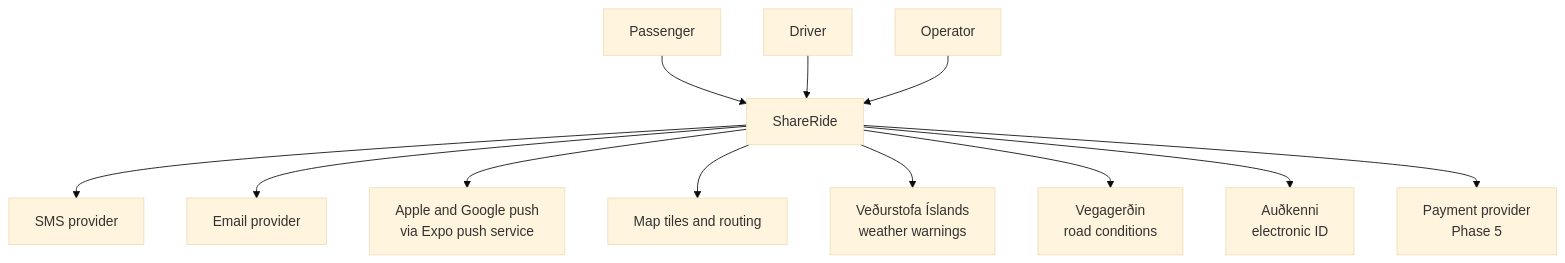
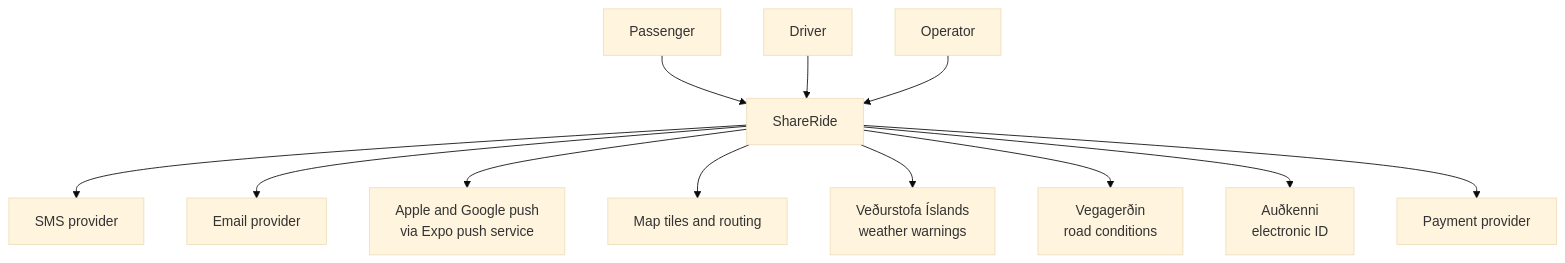
Before and after one commit to safarcikm/ShareRide: the first of 4 diagrams in docs/architecture/overview.md, drawn with Mermaid (base theme). The commit also changed other lines of this file and 17 other files, not shown here.

````diff
--- a/docs/architecture/overview.md
+++ b/docs/architecture/overview.md
@@ -10,15 +10,15 @@
 ```mermaid
 flowchart TB
   P[Passenger] --> SR
   D[Driver] --> SR
   O[Operator] --> SR
   SR[ShareRide]
   SR --> SMS[SMS provider]
   SR --> MAIL[Email provider]
   SR --> PUSH[Apple and Google push<br/>via Expo push service]
   SR --> MAP[Map tiles and routing]
   SR --> WX[Veðurstofa Íslands<br/>weather warnings]
   SR --> ROAD[Vegagerðin<br/>road conditions]
   SR --> EID[Auðkenni<br/>electronic ID]
-  SR --> PAY[Payment provider<br/>Phase 5]
+  SR --> PAY[Payment provider]
 ```
````
